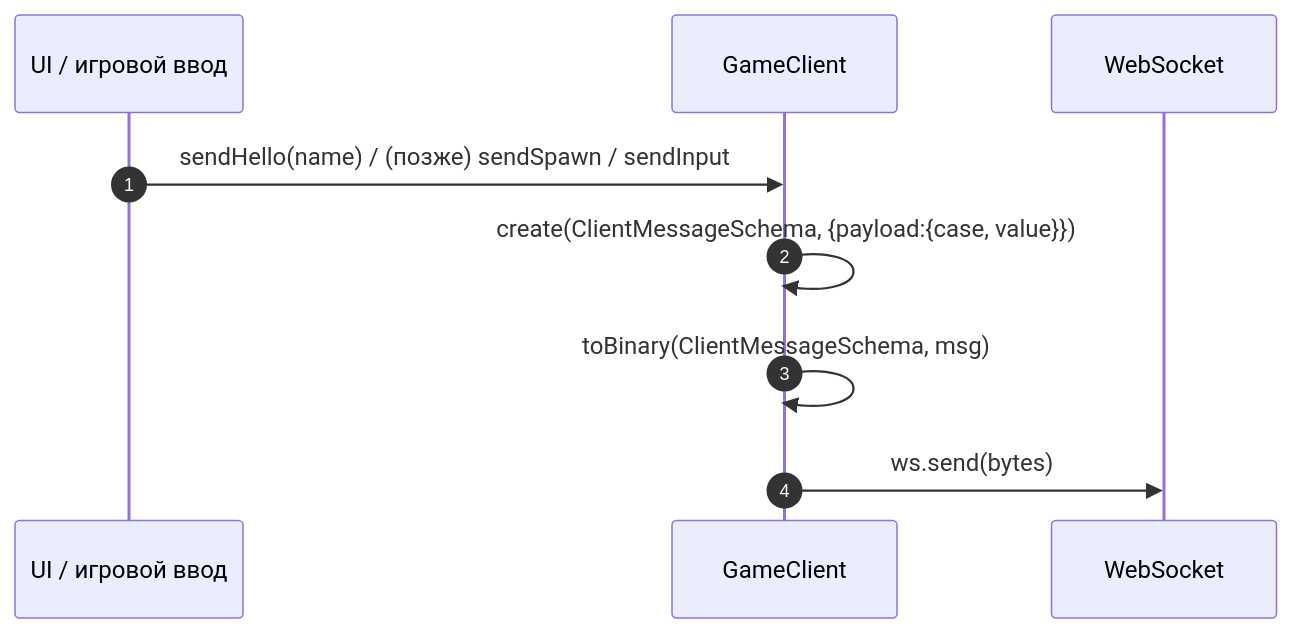
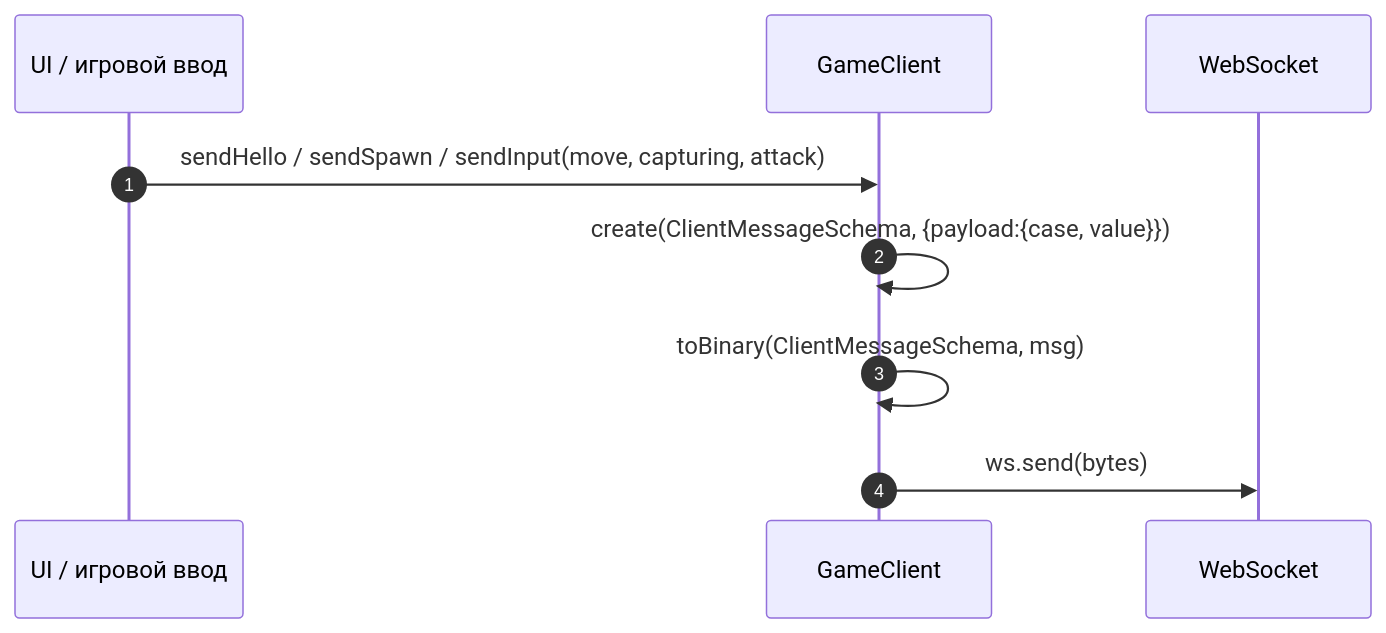
One commit to litcxx/Game changed the second of 2 diagrams in client/docs/sequence-diagram.md. Above: the diagram before and after it, drawn with Mermaid. The commit also changed other lines of this file and 14 other files, not shown here.

````diff
--- a/client/docs/sequence-diagram.md
+++ b/client/docs/sequence-diagram.md
@@ -42,12 +42,12 @@
 ```mermaid
 sequenceDiagram
     autonumber
     participant app as UI / игровой ввод
     participant net as GameClient
     participant ws as WebSocket
 
-    app->>net: sendHello(name) / (позже) sendSpawn / sendInput
+    app->>net: sendHello / sendSpawn / sendInput(move, capturing, attack)
     net->>net: create(ClientMessageSchema, {payload:{case, value}})
     net->>net: toBinary(ClientMessageSchema, msg)
     net->>ws: ws.send(bytes)
 ```
````
